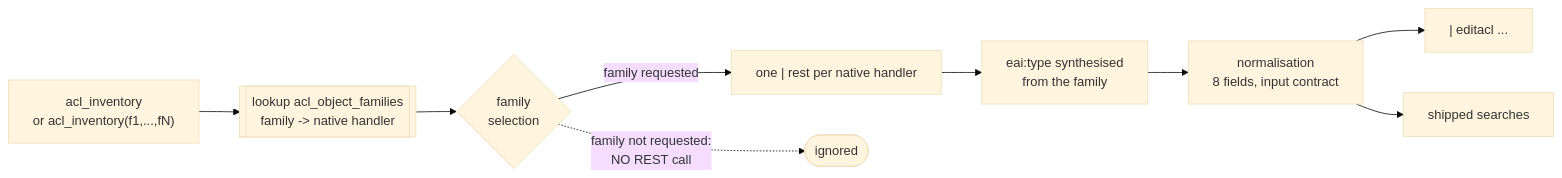
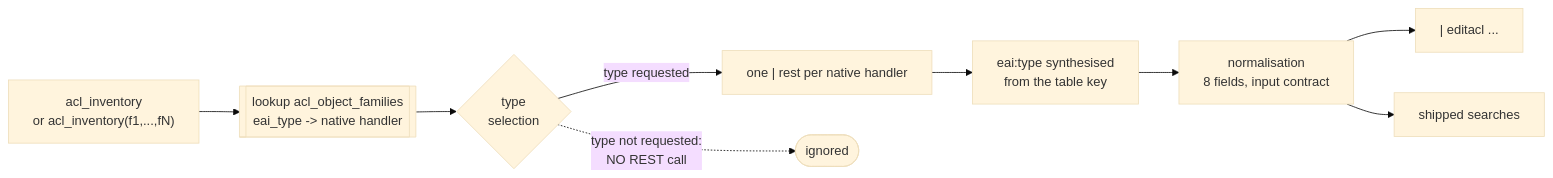
The second of 2 diagrams in README.md (rafiki31130/SA-acl-tools), drawn with Mermaid (base theme) before and after one commit. The commit also changed other lines of this file and 18 other files, not shown here.

````diff
--- a/README.md
+++ b/README.md
@@ -1300,11 +1310,11 @@
 ```mermaid
 flowchart LR
   ARG["acl_inventory<br/>or acl_inventory(f1,...,fN)"] --> LK
-  LK[["lookup acl_object_families<br/>family -> native handler"]] --> SEL
-  SEL{"family<br/>selection"} -->|"family requested"| MAP["one | rest per native handler"]
-  SEL -.->|"family not requested:<br/>NO REST call"| SKIP(["ignored"])
-  MAP --> SYN["eai:type synthesised<br/>from the family"]
+  LK[["lookup acl_object_families<br/>eai_type -> native handler"]] --> SEL
+  SEL{"type<br/>selection"} -->|"type requested"| MAP["one | rest per native handler"]
+  SEL -.->|"type not requested:<br/>NO REST call"| SKIP(["ignored"])
+  MAP --> SYN["eai:type synthesised<br/>from the table key"]
   SYN --> NORM["normalisation<br/>8 fields, input contract"]
   NORM --> CMD["| editacl ..."]
   NORM --> RS["shipped searches"]
 ```
````
